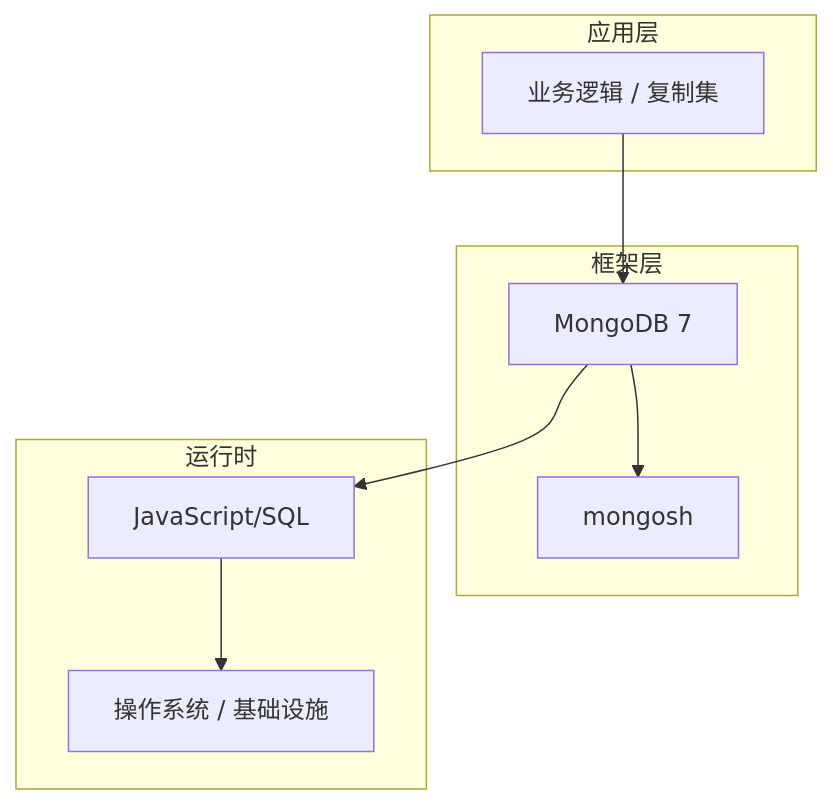
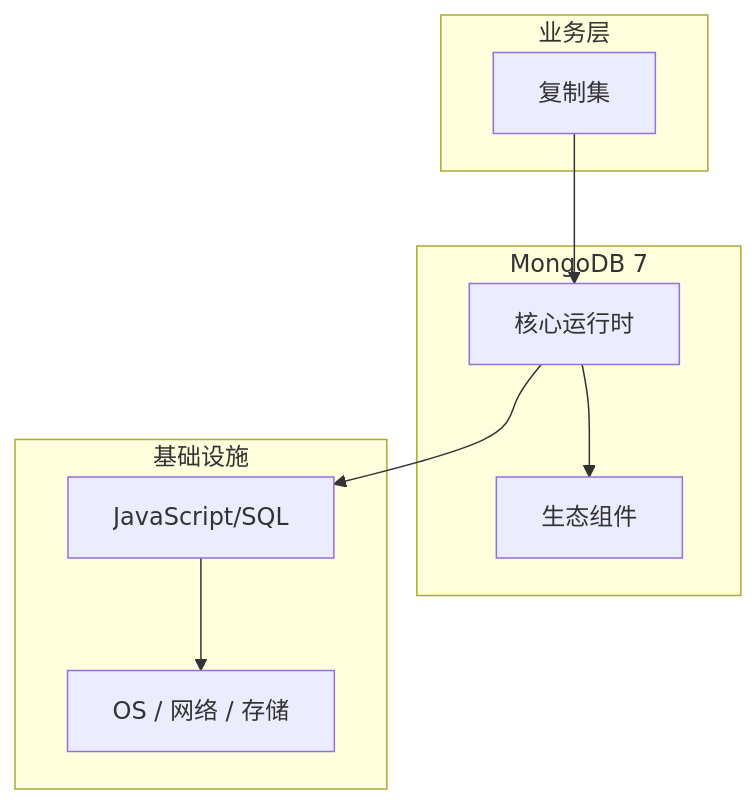
One commit to yanggan2015/knowledge-json-v2 changed the diagram in articles/MongoDB/chapters/036-复制集核心概念与原理.md. Above: the diagram before and after it, drawn with Mermaid. The commit also changed other lines of this file and 10127 other files, not shown here.

````diff
--- a/articles/MongoDB/chapters/036-复制集核心概念与原理.md
+++ b/articles/MongoDB/chapters/036-复制集核心概念与原理.md
@@ -45,18 +34,18 @@
 ```mermaid
 graph TB
-    subgraph 应用层
-        A[业务逻辑 / 复制集]
+    subgraph 业务层
+        A[复制集]
     end
-    subgraph 框架层
-        B[MongoDB 7]
-        C[mongosh]
+    subgraph MongoDB 7
+        B[核心运行时]
+        C[生态组件]
     end
-    subgraph 运行时
+    subgraph 基础设施
         D[JavaScript/SQL]
-        E[操作系统 / 基础设施]
+        E[OS / 网络 / 存储]
     end
     A --> B
     B --> C
     B --> D
     D --> E
 ```
````
